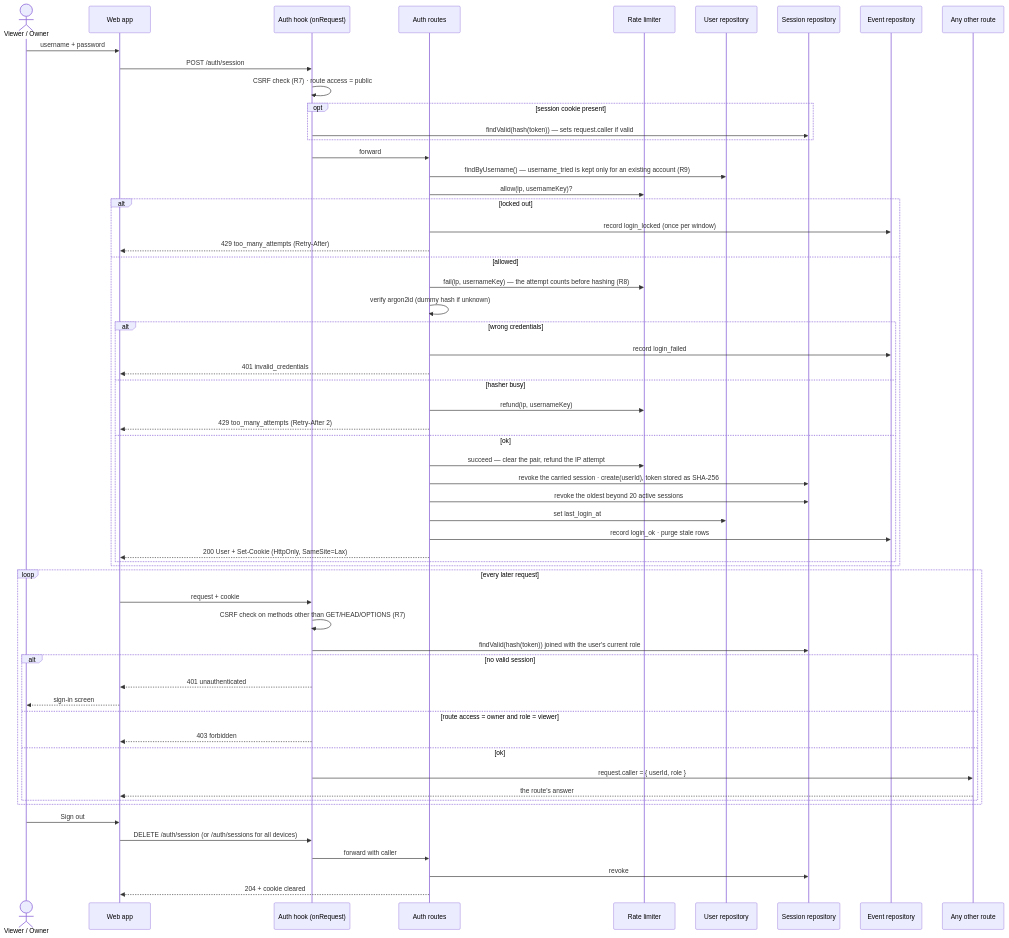
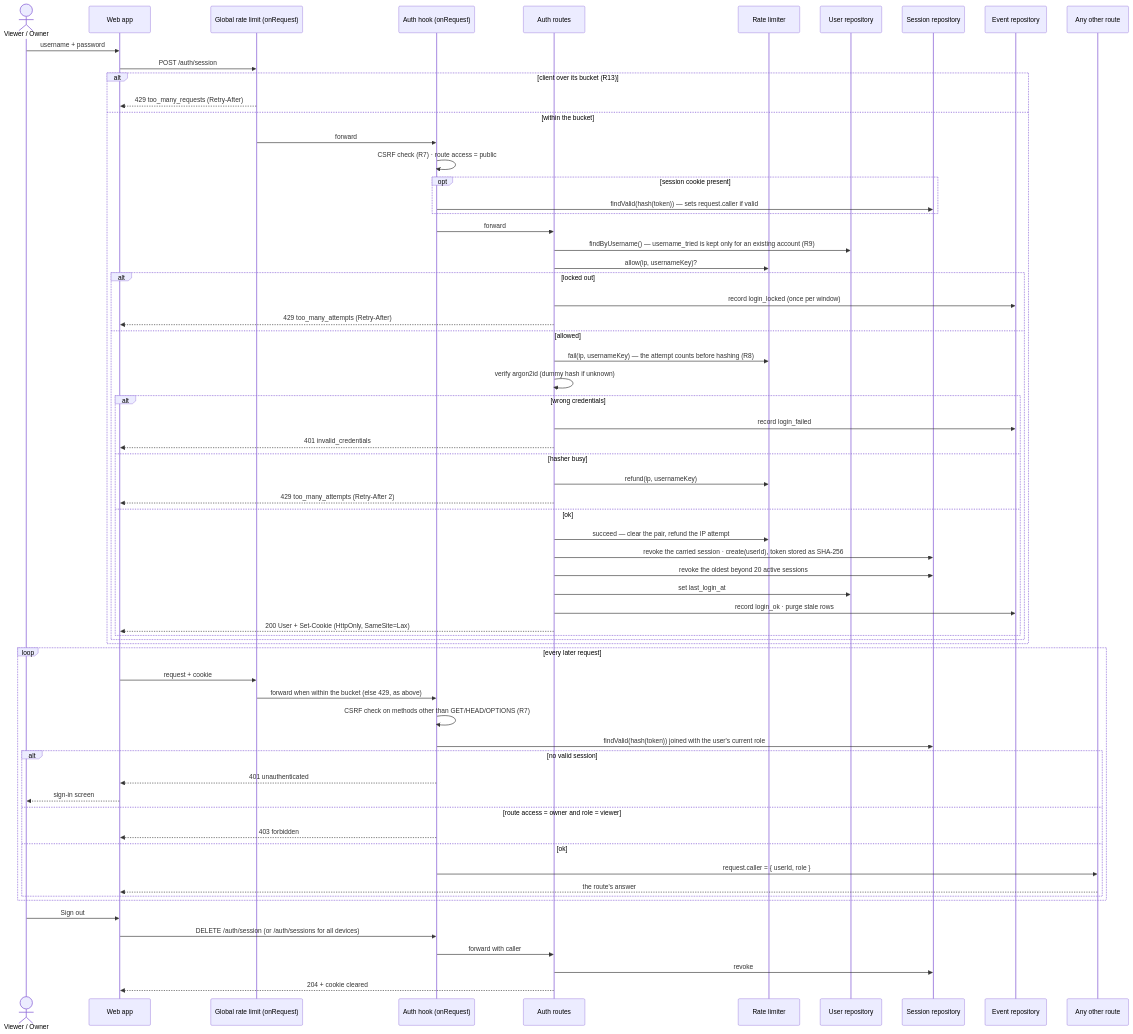
The diagram in docs/architecture/diagrams/auth/02-sequence-sign-in.md (benoit-bremaud/popcorntv), drawn with Mermaid before and after one commit. The commit also changed other lines of this file and 9 other files, not shown here.

First line of the commit message:
fix(security): key the rate limit per IPv6 /64 and cap media floods

````diff
--- a/docs/architecture/diagrams/auth/02-sequence-sign-in.md
+++ b/docs/architecture/diagrams/auth/02-sequence-sign-in.md
@@ -14,64 +14,71 @@
 ```mermaid
 sequenceDiagram
   actor U as Viewer / Owner
   participant W as Web app
+  participant G as Global rate limit (onRequest)
   participant H as Auth hook (onRequest)
   participant API as Auth routes
   participant RL as Rate limiter
   participant UR as User repository
   participant SR as Session repository
   participant EL as Event repository
   participant R as Any other route
 
   U->>W: username + password
-  W->>H: POST /auth/session
+  W->>G: POST /auth/session
+  alt client over its bucket (R13)
+    G-->>W: 429 too_many_requests (Retry-After)
+  else within the bucket
+  G->>H: forward
   H->>H: CSRF check (R7) · route access = public
   opt session cookie present
     H->>SR: findValid(hash(token)) — sets request.caller if valid
   end
   H->>API: forward
   API->>UR: findByUsername() — username_tried is kept only for an existing account (R9)
   API->>RL: allow(ip, usernameKey)?
   alt locked out
     API->>EL: record login_locked (once per window)
     API-->>W: 429 too_many_attempts (Retry-After)
   else allowed
     API->>RL: fail(ip, usernameKey) — the attempt counts before hashing (R8)
     API->>API: verify argon2id (dummy hash if unknown)
     alt wrong credentials
       API->>EL: record login_failed
       API-->>W: 401 invalid_credentials
     else hasher busy
       API->>RL: refund(ip, usernameKey)
       API-->>W: 429 too_many_attempts (Retry-After 2)
     else ok
       API->>RL: succeed — clear the pair, refund the IP attempt
       API->>SR: revoke the carried session · create(userId), token stored as SHA-256
       API->>SR: revoke the oldest beyond 20 active sessions
       API->>UR: set last_login_at
       API->>EL: record login_ok · purge stale rows
       API-->>W: 200 User + Set-Cookie (HttpOnly, SameSite=Lax)
     end
   end
+  end
 
   loop every later request
-    W->>H: request + cookie
+    W->>G: request + cookie
+    G->>H: forward when within the bucket (else 429, as above)
     H->>H: CSRF check on methods other than GET/HEAD/OPTIONS (R7)
     H->>SR: findValid(hash(token)) joined with the user's current role
     alt no valid session
       H-->>W: 401 unauthenticated
       W-->>U: sign-in screen
     else route access = owner and role = viewer
       H-->>W: 403 forbidden
     else ok
       H->>R: request.caller = { userId, role }
       R-->>W: the route's answer
     end
   end
 
   U->>W: Sign out
   W->>H: DELETE /auth/session (or /auth/sessions for all devices)
   H->>API: forward with caller
   API->>SR: revoke
   API-->>W: 204 + cookie cleared
 ```
````
